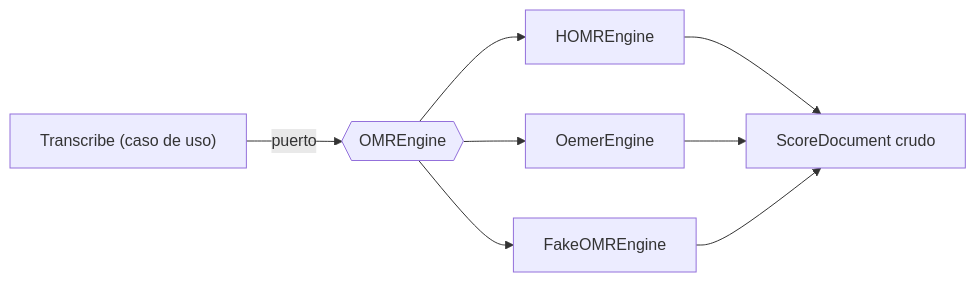
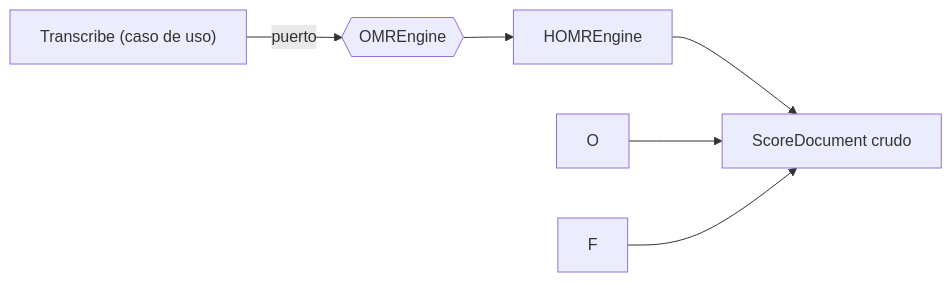
One commit to sebdavid3/Cadenza changed the sixth of 10 diagrams in docs/ARCHITECTURE.md. Above: the diagram before and after it, drawn with Mermaid. The commit also changed other lines of this file and 8 other files, not shown here.

````diff
--- a/docs/ARCHITECTURE.md
+++ b/docs/ARCHITECTURE.md
@@ -427,10 +426,8 @@
 ```mermaid
 flowchart LR
     UC["Transcribe (caso de uso)"] -->|puerto| P{{OMREngine}}
     P --> H["HOMREngine"]
-    P --> O["OemerEngine"]
-    P --> F["FakeOMREngine"]
     H --> OUT["ScoreDocument crudo"]
     O --> OUT
     F --> OUT
 ```
````
